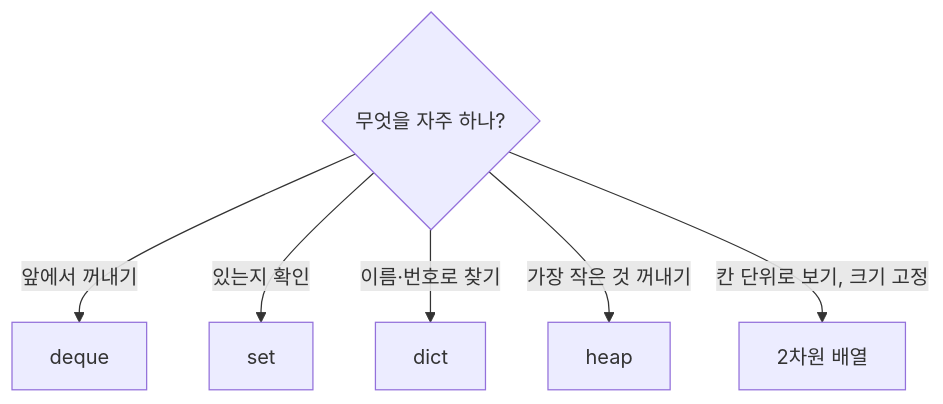
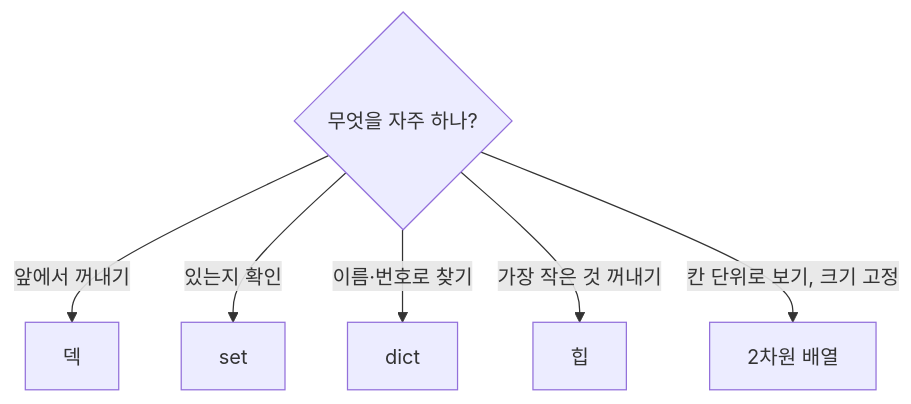
One commit to quazycrystal/quazycode changed the diagram in content/Language/Python/Data_Structures/자료구조_선택_기준.md. Above: the diagram before and after it, drawn with Mermaid. The commit also changed other lines of this file and 35 other files, not shown here.

````diff
--- a/content/Language/Python/Data_Structures/자료구조_선택_기준.md
+++ b/content/Language/Python/Data_Structures/자료구조_선택_기준.md
@@ -11,8 +11,8 @@
 ```mermaid
 flowchart TD
-    A{"무엇을 자주 하나?"} -->|"앞에서 꺼내기"| Q["deque"]
+    A{"무엇을 자주 하나?"} -->|"앞에서 꺼내기"| Q["덱"]
     A -->|"있는지 확인"| S["set"]
     A -->|"이름·번호로 찾기"| D["dict"]
-    A -->|"가장 작은 것 꺼내기"| H["heap"]
+    A -->|"가장 작은 것 꺼내기"| H["힙"]
     A -->|"칸 단위로 보기, 크기 고정"| R["2차원 배열"]
 ```
````
